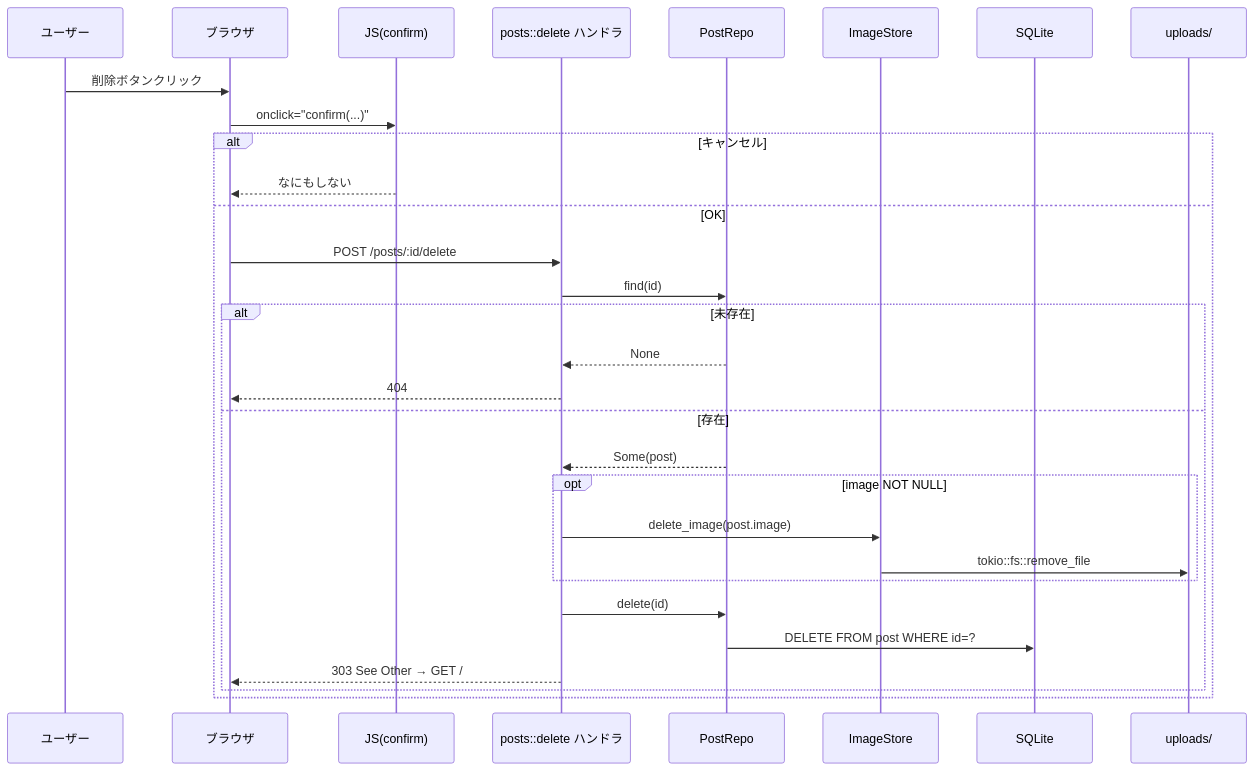
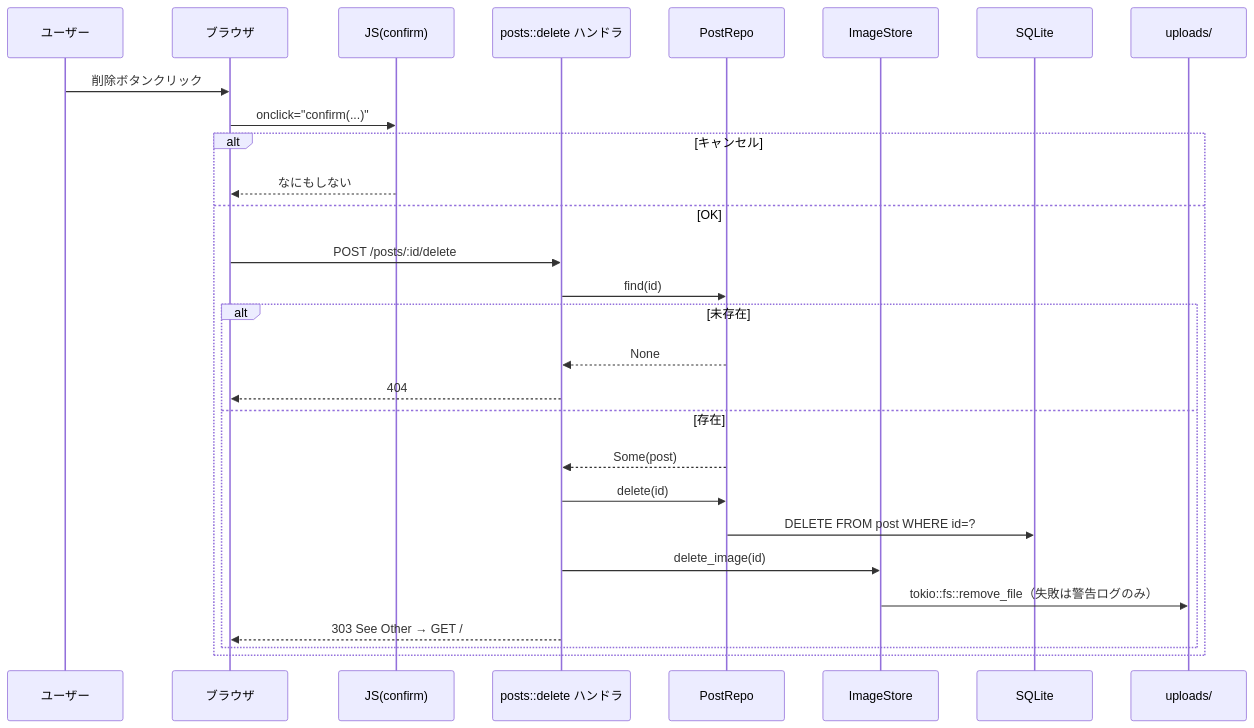
Before and after one commit to seiei-sogen/rust-axum-image-bbs-reconstruction-dev-00: the fifth of 7 diagrams in docs/tumigidoc/rust-axum-image-bbs/design/dataflow.md, drawn with Mermaid. The commit also changed other lines of this file and 53 other files, not shown here.

````diff
--- a/docs/tumigidoc/rust-axum-image-bbs/design/dataflow.md
+++ b/docs/tumigidoc/rust-axum-image-bbs/design/dataflow.md
@@ -239,33 +239,31 @@
 ```mermaid
 sequenceDiagram
     participant U as ユーザー
     participant B as ブラウザ
     participant J as JS(confirm)
     participant H as posts::delete ハンドラ
     participant R as PostRepo
     participant S as ImageStore
     participant D as SQLite
     participant FS as uploads/
 
     U->>B: 削除ボタンクリック
     B->>J: onclick="confirm(...)"
     alt キャンセル
         J-->>B: なにもしない
     else OK
         B->>H: POST /posts/:id/delete
         H->>R: find(id)
         alt 未存在
             R-->>H: None
             H-->>B: 404
         else 存在
             R-->>H: Some(post)
-            opt image NOT NULL
-                H->>S: delete_image(post.image)
-                S->>FS: tokio::fs::remove_file
-            end
             H->>R: delete(id)
             R->>D: DELETE FROM post WHERE id=?
+            H->>S: delete_image(id)
+            S->>FS: tokio::fs::remove_file（失敗は警告ログのみ）
             H-->>B: 303 See Other → GET /
         end
     end
 ```
````
